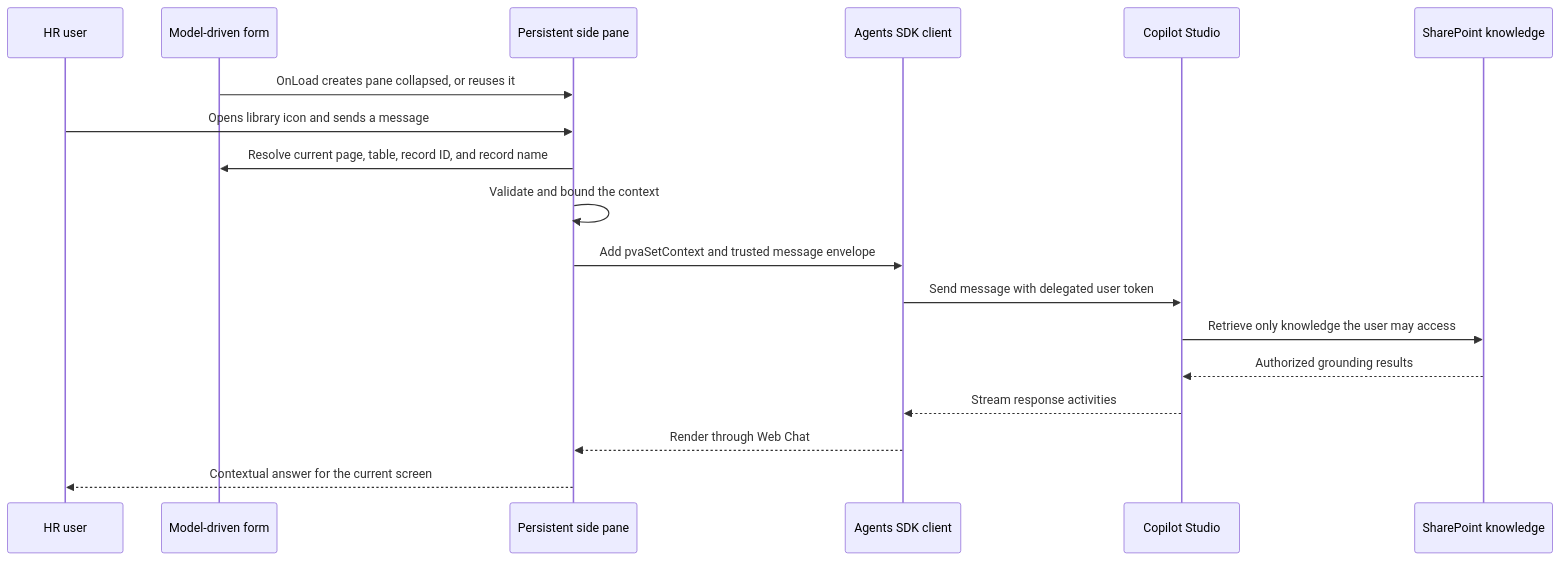
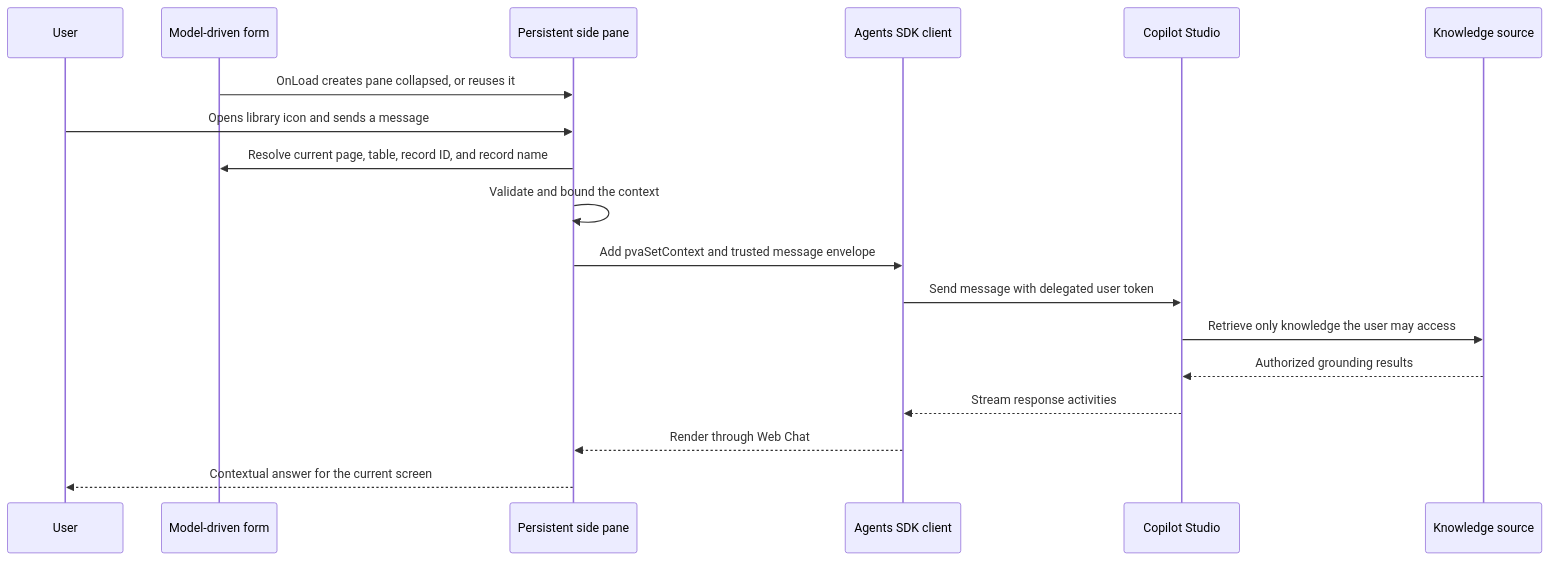
One commit to CooperSurgicalCommercialWebEngineering/CustomAgentSidecarMDA changed the second of 2 diagrams in README.md. Above: the diagram before and after it, drawn with Mermaid. The commit also changed other lines of this file, not shown here.

````diff
--- a/README.md
+++ b/README.md
@@ -75,21 +82,21 @@
 ```mermaid
 sequenceDiagram
-	participant U as HR user
+	participant U as User
 	participant F as Model-driven form
 	participant P as Persistent side pane
 	participant A as Agents SDK client
 	participant C as Copilot Studio
-	participant K as SharePoint knowledge
+	participant K as Knowledge source
 
 	F->>P: OnLoad creates pane collapsed, or reuses it
 	U->>P: Opens library icon and sends a message
 	P->>F: Resolve current page, table, record ID, and record name
 	P->>P: Validate and bound the context
 	P->>A: Add pvaSetContext and trusted message envelope
 	A->>C: Send message with delegated user token
 	C->>K: Retrieve only knowledge the user may access
 	K-->>C: Authorized grounding results
 	C-->>A: Stream response activities
 	A-->>P: Render through Web Chat
 	P-->>U: Contextual answer for the current screen
 ```
````
